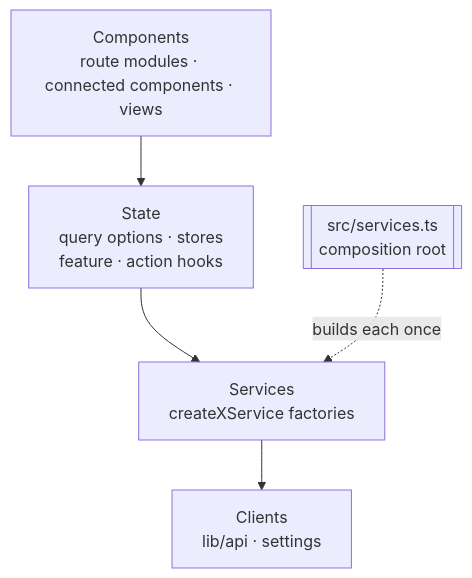
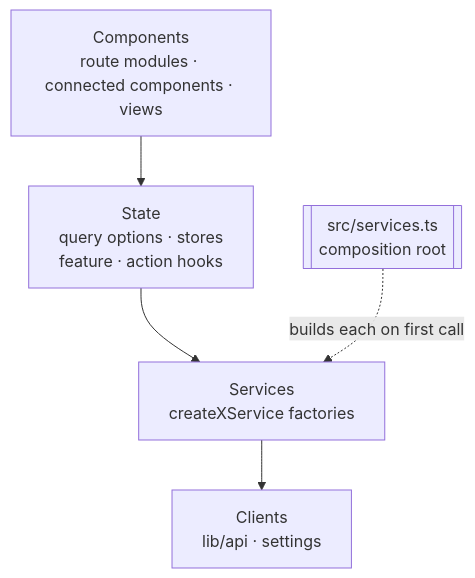
The first of 2 diagrams in starter/docs/services-and-state.md (andwrobs/app-template), drawn with Mermaid before and after one commit. The commit also changed other lines of this file and 35 other files, not shown here.

First line of the commit message:
Build services on first call through getters

````diff
--- a/starter/docs/services-and-state.md
+++ b/starter/docs/services-and-state.md
@@ -8,13 +8,13 @@
 ```mermaid
 flowchart TD
     components["Components<br/>route modules · connected components · views"]
     state["State<br/>query options · stores<br/>feature · action hooks"]
     services["Services<br/>createXService factories"]
     clients["Clients<br/>lib/api · settings"]
     root[["src/services.ts<br/>composition root"]]
 
     components --> state
     state --> services
     services --> clients
-    root -. builds each once .-> services
+    root -. builds each on first call .-> services
 ```
````
